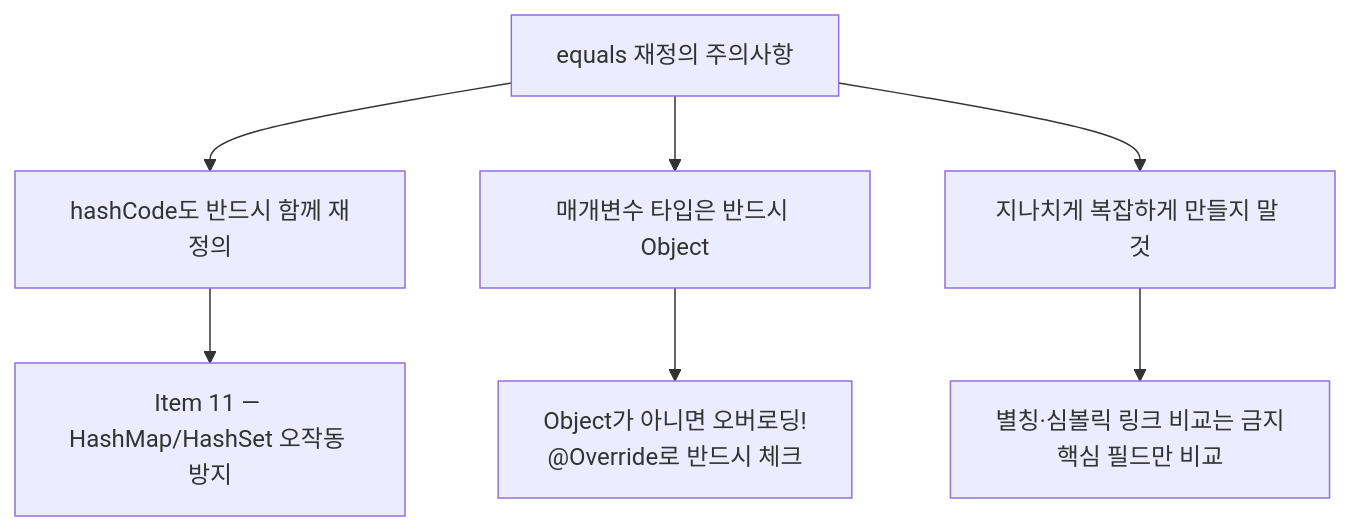
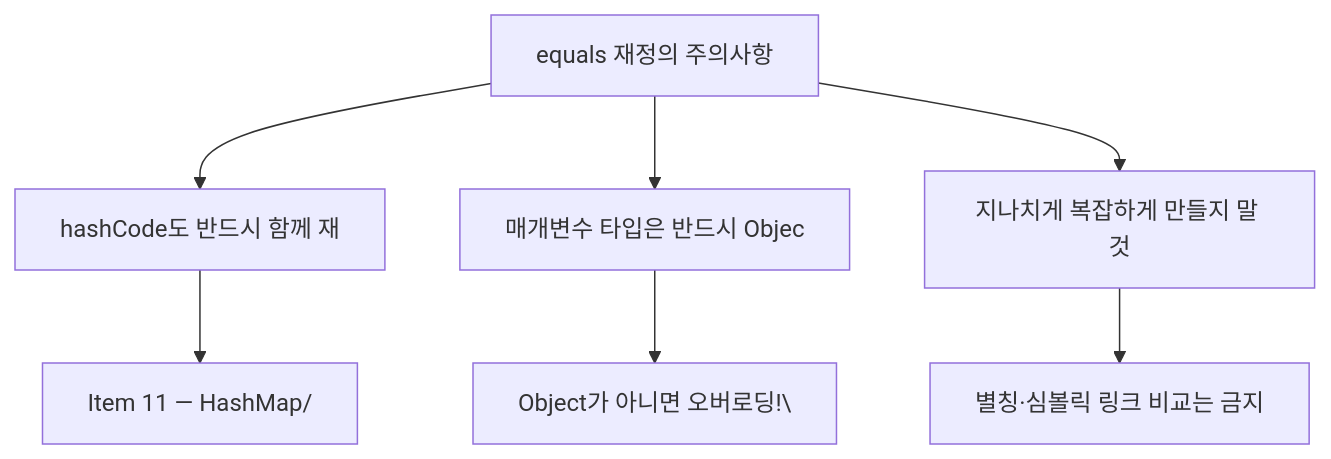
One commit to yjkim2015/yjkim2015.github.io changed the third of 4 diagrams in _posts/java/2021-12-22-effective-java10.md. Above: the diagram before and after it, drawn with Mermaid. The commit also changed other lines of this file and 271 other files, not shown here.

First line of the commit message:
Mermaid 라벨 축소: 긴 노드 텍스트 18자 이하로 트림 + \n 제거

````diff
--- a/_posts/java/2021-12-22-effective-java10.md
+++ b/_posts/java/2021-12-22-effective-java10.md
@@ -218,9 +218,9 @@
 ```mermaid
 graph TD
-    A["equals 재정의 주의사항"] --> B["hashCode도 반드시 함께 재정의"]
-    A --> C["매개변수 타입은 반드시 Object"]
+    A["equals 재정의 주의사항"] --> B["hashCode도 반드시 함께 재"]
+    A --> C["매개변수 타입은 반드시 Objec"]
     A --> D["지나치게 복잡하게 만들지 말 것"]
-    B --> B1["Item 11 — HashMap/HashSet 오작동 방지"]
-    C --> C1["Object가 아니면 오버로딩!\n@Override로 반드시 체크"]
-    D --> D1["별칭·심볼릭 링크 비교는 금지\n핵심 필드만 비교"]
+    B --> B1["Item 11 — HashMap/"]
+    C --> C1["Object가 아니면 오버로딩!\"]
+    D --> D1["별칭·심볼릭 링크 비교는 금지\n"]
 ```
````
